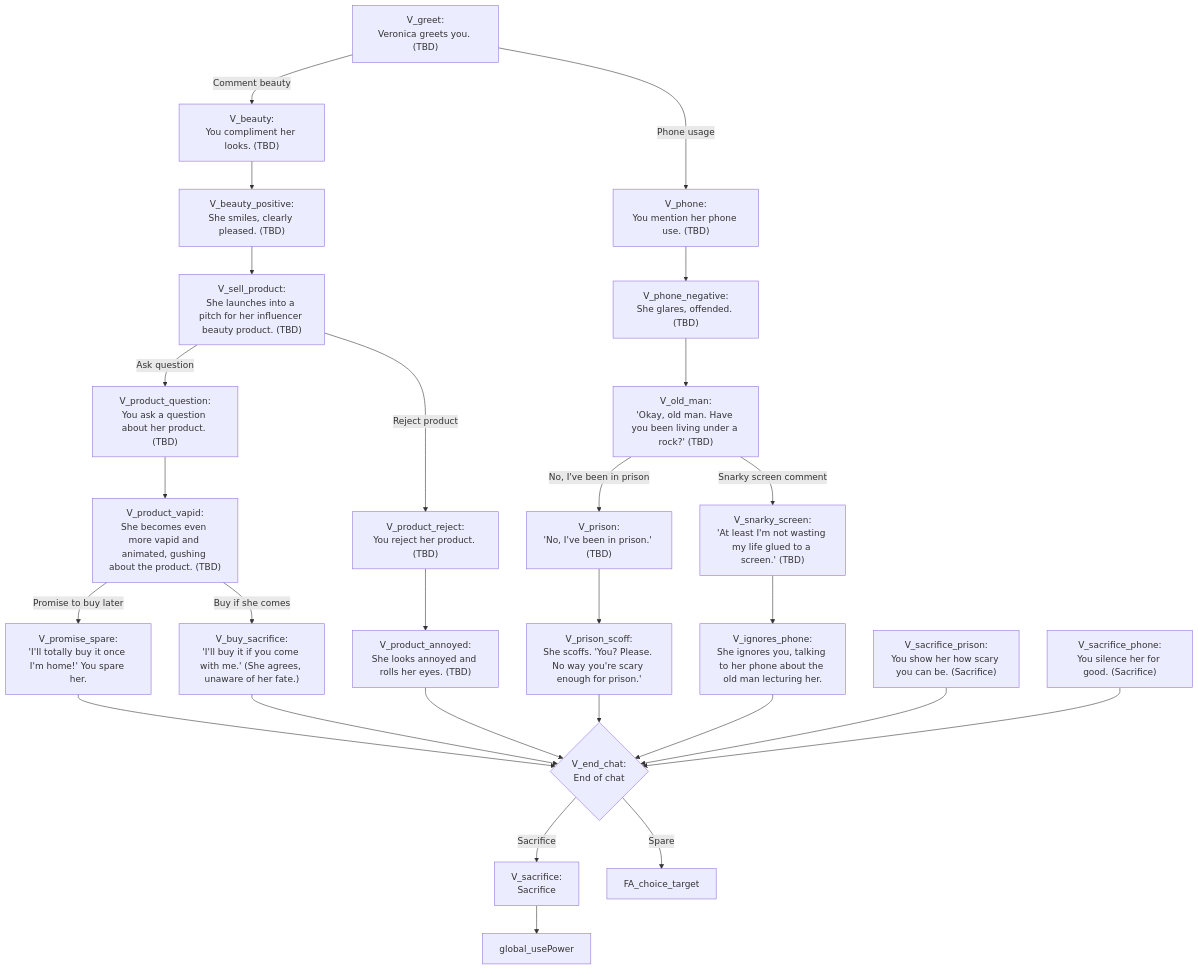
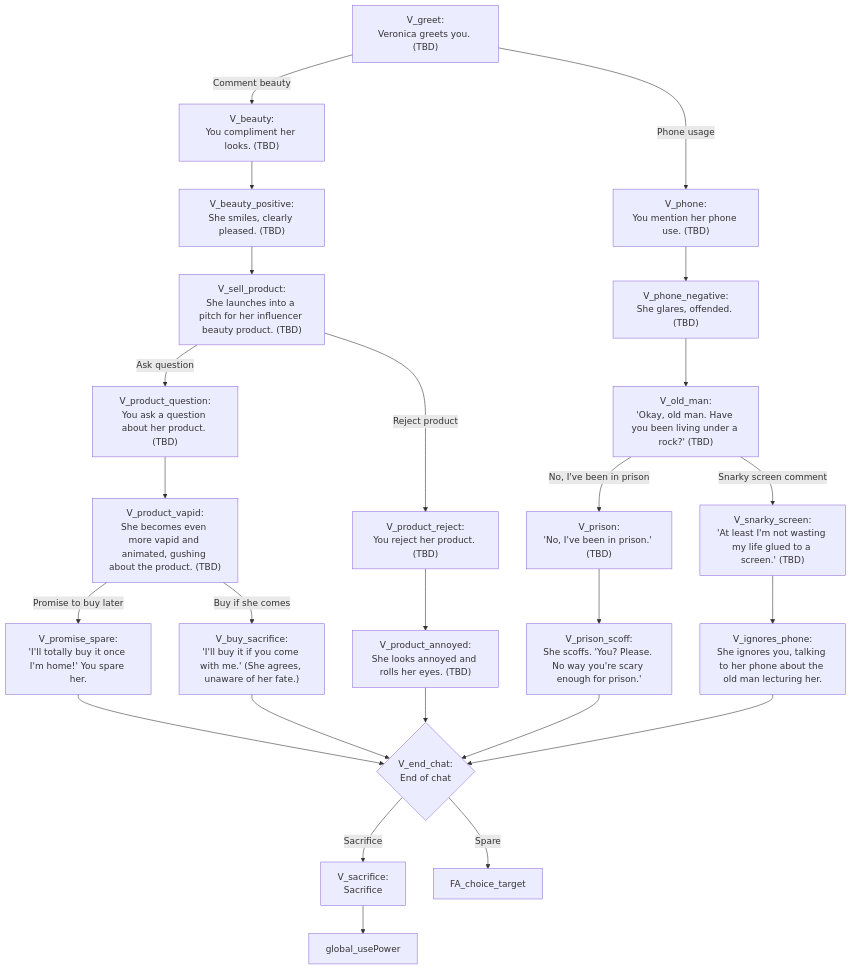
Before and after one commit to ivalace/horror-game-jam-2025: the diagram in Veronica.mmd, drawn with Mermaid.

Commit message:
fixed Veronica

```diff
--- a/Veronica.mmd
+++ b/Veronica.mmd
@@ -1,29 +1,27 @@
 flowchart TD
 direction LR
 V_greet["V_greet:<br/>Veronica greets you. (TBD)"] -->|Comment beauty| V_beauty
 V_greet -->|Phone usage| V_phone
 V_beauty["V_beauty:<br/>You compliment her looks. (TBD)"] --> V_beauty_positive
 V_beauty_positive["V_beauty_positive:<br/>She smiles, clearly pleased. (TBD)"] --> V_sell_product
 V_sell_product["V_sell_product:<br/>She launches into a pitch for her influencer beauty product. (TBD)"] -->|Ask question| V_product_question
 V_sell_product -->|Reject product| V_product_reject
 V_product_question["V_product_question:<br/>You ask a question about her product. (TBD)"] --> V_product_vapid
 V_product_vapid["V_product_vapid:<br/>She becomes even more vapid and animated, gushing about the product. (TBD)"] -->|Promise to buy later| V_promise_spare
 V_product_vapid -->|Buy if she comes| V_buy_sacrifice
 V_promise_spare["V_promise_spare:<br/>'I'll totally buy it once I'm home!' You spare her."] --> V_end_chat
 V_product_reject["V_product_reject:<br/>You reject her product. (TBD)"] --> V_product_annoyed
 V_product_annoyed["V_product_annoyed:<br/>She looks annoyed and rolls her eyes. (TBD)"] --> V_end_chat
 V_phone["V_phone:<br/>You mention her phone use. (TBD)"] --> V_phone_negative
 V_phone_negative["V_phone_negative:<br/>She glares, offended. (TBD)"] --> V_old_man
 V_old_man["V_old_man:<br/>'Okay, old man. Have you been living under a rock?' (TBD)"] -->|"No, I've been in prison"| V_prison
 V_old_man -->|Snarky screen comment| V_snarky_screen
 V_prison["V_prison:<br/>'No, I've been in prison.' (TBD)"] --> V_prison_scoff
 V_prison_scoff["V_prison_scoff:<br/>She scoffs. 'You? Please. No way you're scary enough for prison.'"] --> V_end_chat
 V_snarky_screen["V_snarky_screen:<br/>'At least I'm not wasting my life glued to a screen.' (TBD)"] --> V_ignores_phone
 V_ignores_phone["V_ignores_phone:<br/>She ignores you, talking to her phone about the old man lecturing her."] --> V_end_chat
 V_buy_sacrifice["V_buy_sacrifice:<br/>'I'll buy it if you come with me.' (She agrees, unaware of her fate.)"] --> V_end_chat
-V_sacrifice_prison["V_sacrifice_prison:<br/>You show her how scary you can be. (Sacrifice)"] --> V_end_chat
-V_sacrifice_phone["V_sacrifice_phone:<br/>You silence her for good. (Sacrifice)"] --> V_end_chat
 V_sacrifice["V_sacrifice:<br/>Sacrifice"] --> global_usePower
 
 V_end_chat{"V_end_chat:<br/>End of chat"} -->|Sacrifice| V_sacrifice
 V_end_chat -->|Spare| FA_choice_target
```
